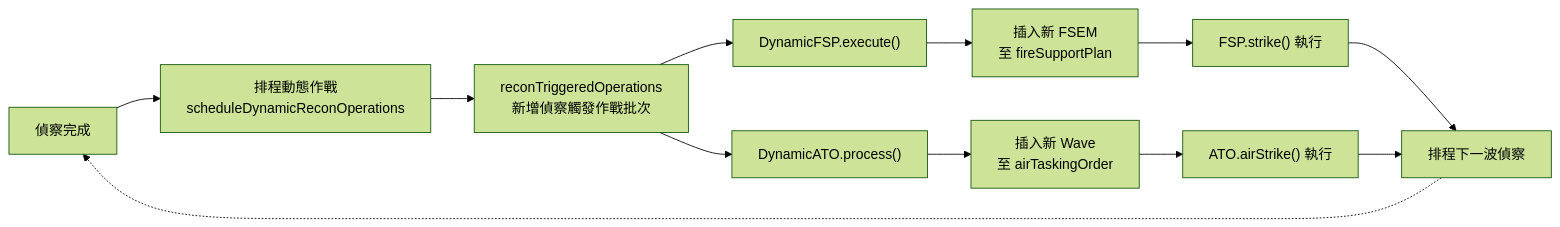
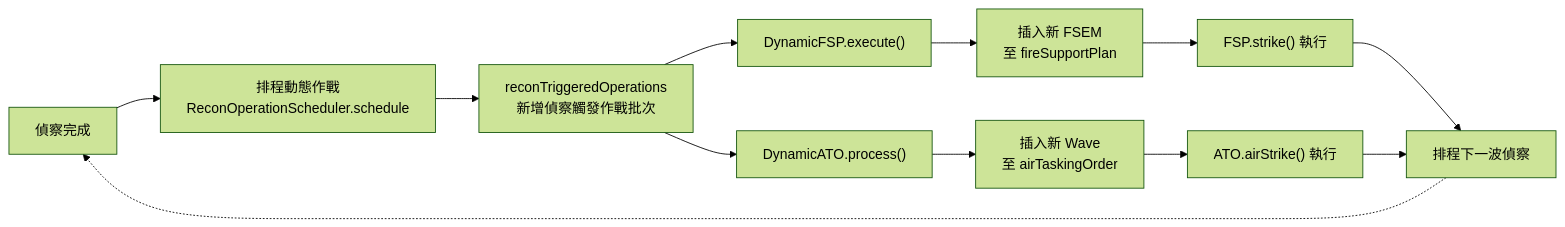
One commit to pullupjumper/formosa-in-flames changed the second of 3 diagrams in docs/strikePlanner/README.md. Above: the diagram before and after it, drawn with Mermaid (forest theme). The commit also changed other lines of this file and 15 other files, not shown here.

````diff
--- a/docs/strikePlanner/README.md
+++ b/docs/strikePlanner/README.md
@@ -109,25 +120,25 @@
 ```mermaid
 flowchart LR
     RECON_COMPLETE["偵察完成"]
-    SCHED["排程動態作戰<br>scheduleDynamicReconOperations"]
+    SCHED["排程動態作戰<br>ReconOperationScheduler.schedule"]
     RECON_SCHED["reconTriggeredOperations<br>新增偵察觸發作戰批次"]
     DFSP_EXEC["DynamicFSP.execute()"]
     DATO_EXEC["DynamicATO.process()"]
     FSP_INSERT["插入新 FSEM<br>至 fireSupportPlan"]
     ATO_INSERT["插入新 Wave<br>至 airTaskingOrder"]
     FSP_EXEC["FSP.strike() 執行"]
     ATO_EXEC["ATO.airStrike() 執行"]
     NEXT_RECON["排程下一波偵察"]
 
     RECON_COMPLETE --> SCHED
     SCHED --> RECON_SCHED
     RECON_SCHED --> DFSP_EXEC
     RECON_SCHED --> DATO_EXEC
     DFSP_EXEC --> FSP_INSERT
     DATO_EXEC --> ATO_INSERT
     FSP_INSERT --> FSP_EXEC
     ATO_INSERT --> ATO_EXEC
     FSP_EXEC --> NEXT_RECON
     ATO_EXEC --> NEXT_RECON
     NEXT_RECON -.-> RECON_COMPLETE
 ```
````
